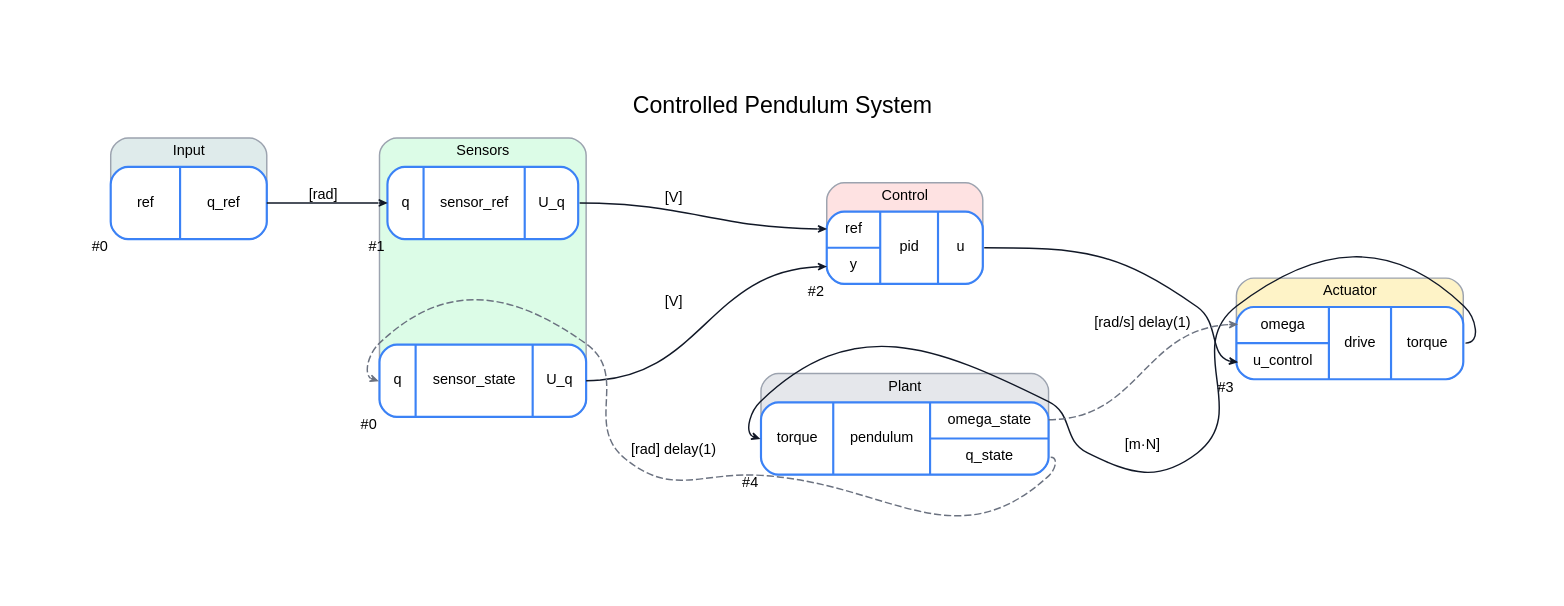
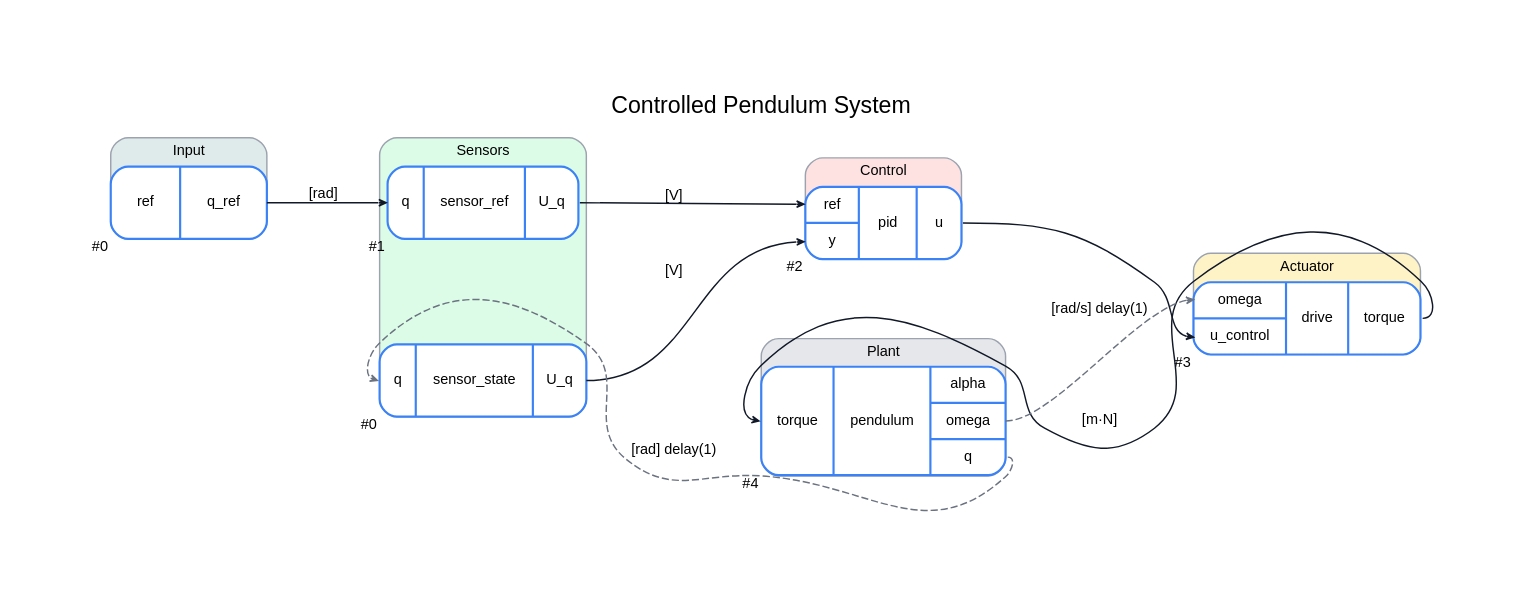
The diagram in demos/ControlledPendulum/Digraph.gv (FlorianFrech/SystemSimulation), drawn with Graphviz before and after one commit. The commit also changed 13 other files, not shown here.

```diff
--- a/demos/ControlledPendulum/Digraph.gv
+++ b/demos/ControlledPendulum/Digraph.gv
@@ -1,34 +1,34 @@
 // System: Controlled Pendulum System
 digraph {
 	graph [bgcolor=white compound=true esep=0 fontname=Helvetica fontsize=16 label="Controlled Pendulum System" labelloc=t margin=0.2 nodesep=1 pad=0.75 rankdir=LR ranksep=0.75 sep=0 smoothType=graph_dist splines=true]
 	node [color="#3b82f6" fillcolor=white fontname=Helvetica fontsize=10 height=0.7 margin="0.12,0.1" penwidth=1.5 shape=record style="rounded,filled" width=1.5]
 	edge [arrowhead=open arrowsize=0.5 arrowtail=none color="#111827" dir=forward fontname=Helvetica fontsize=10 labelangle=45 labelfontcolor="#374151" minlen=1.4 penwidth=1 style=solid]
 	subgraph cluster_Input {
 		bgcolor="#dfebeb" color="#9ca3af" fontname=Helvetica fontsize=10 label=Input style=rounded
 		ref [label="{ ref | { <q_ref> q_ref } }" xlabel="#0"]
 	}
 	subgraph cluster_Sensors {
 		bgcolor="#dcfce7" color="#9ca3af" fontname=Helvetica fontsize=10 label=Sensors style=rounded
 		sensor_ref [label="{ { <q> q } | sensor_ref | { <U_q> U_q } }" xlabel="#1"]
 		sensor_state [label="{ { <q> q } | sensor_state | { <U_q> U_q } }" xlabel="#0"]
 	}
 	subgraph cluster_Control {
 		bgcolor="#fee2e2" color="#9ca3af" fontname=Helvetica fontsize=10 label=Control style=rounded
 		pid [label="{ { <ref> ref | <y> y } | pid | { <u> u } }" xlabel="#2"]
 	}
 	subgraph cluster_Actuator {
 		bgcolor="#fef3c7" color="#9ca3af" fontname=Helvetica fontsize=10 label=Actuator style=rounded
 		drive [label="{ { <omega> omega | <u_control> u_control } | drive | { <torque> torque } }" xlabel="#3"]
 	}
 	subgraph cluster_Plant {
 		bgcolor="#e5e7eb" color="#9ca3af" fontname=Helvetica fontsize=10 label=Plant style=rounded
-		pendulum [label="{ { <torque> torque } | pendulum | { <omega_state> omega_state | <q_state> q_state } }" xlabel="#4"]
+		pendulum [label="{ { <torque> torque } | pendulum | { <alpha> alpha | <omega> omega | <q> q } }" xlabel="#4"]
 	}
 	ref -> sensor_ref [label="[rad]" color="#111827" headclip=true headport="q:w" style=solid tailclip=true tailport="q_ref:e"]
-	pendulum -> sensor_state [label="[rad] delay(1)" color="#6b7280" headclip=true headport="q:w" style=dashed tailclip=true tailport="q_state:e"]
+	pendulum -> sensor_state [label="[rad] delay(1)" color="#6b7280" headclip=true headport="q:w" style=dashed tailclip=true tailport="q:e"]
 	sensor_ref -> pid [label="[V]" color="#111827" headclip=true headport="ref:w" style=solid tailclip=true tailport="U_q:e"]
 	sensor_state -> pid [label="[V]" color="#111827" headclip=true headport="y:w" style=solid tailclip=true tailport="U_q:e"]
 	pid -> drive [label="" color="#111827" headclip=true headport="u_control:w" style=solid tailclip=true tailport="u:e"]
 	drive -> pendulum [label="[m·N]" color="#111827" headclip=true headport="torque:w" style=solid tailclip=true tailport="torque:e"]
-	pendulum -> drive [label="[rad/s] delay(1)" color="#6b7280" headclip=true headport="omega:w" style=dashed tailclip=true tailport="omega_state:e"]
+	pendulum -> drive [label="[rad/s] delay(1)" color="#6b7280" headclip=true headport="omega:w" style=dashed tailclip=true tailport="omega:e"]
 }
```
